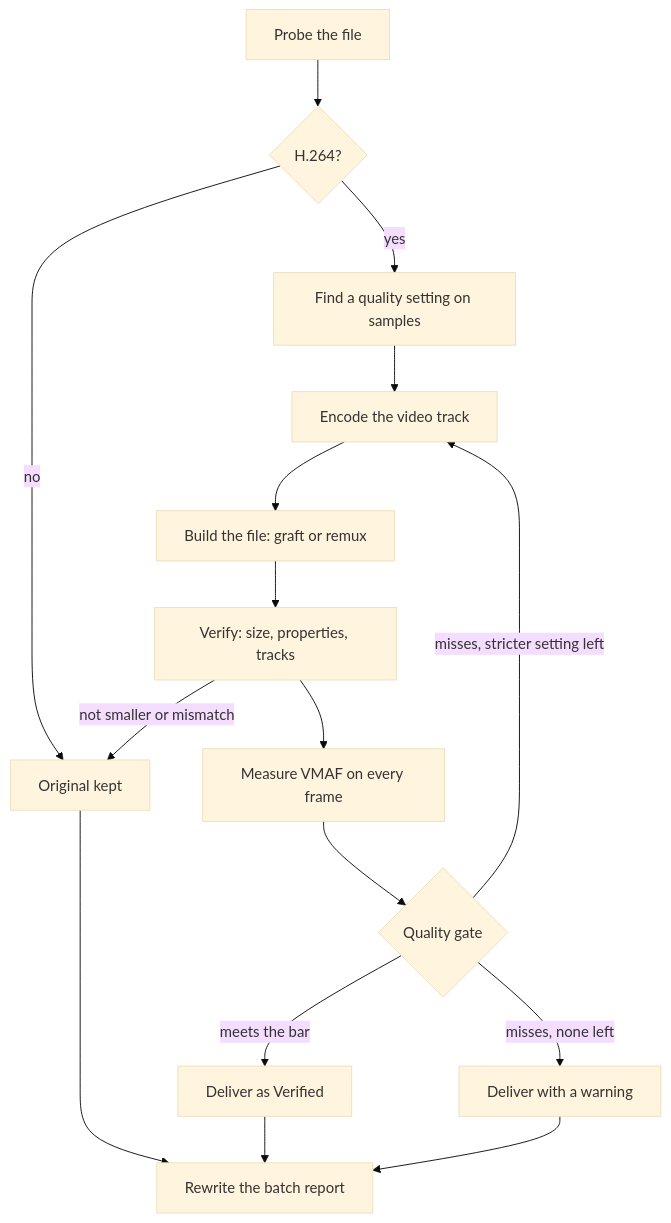
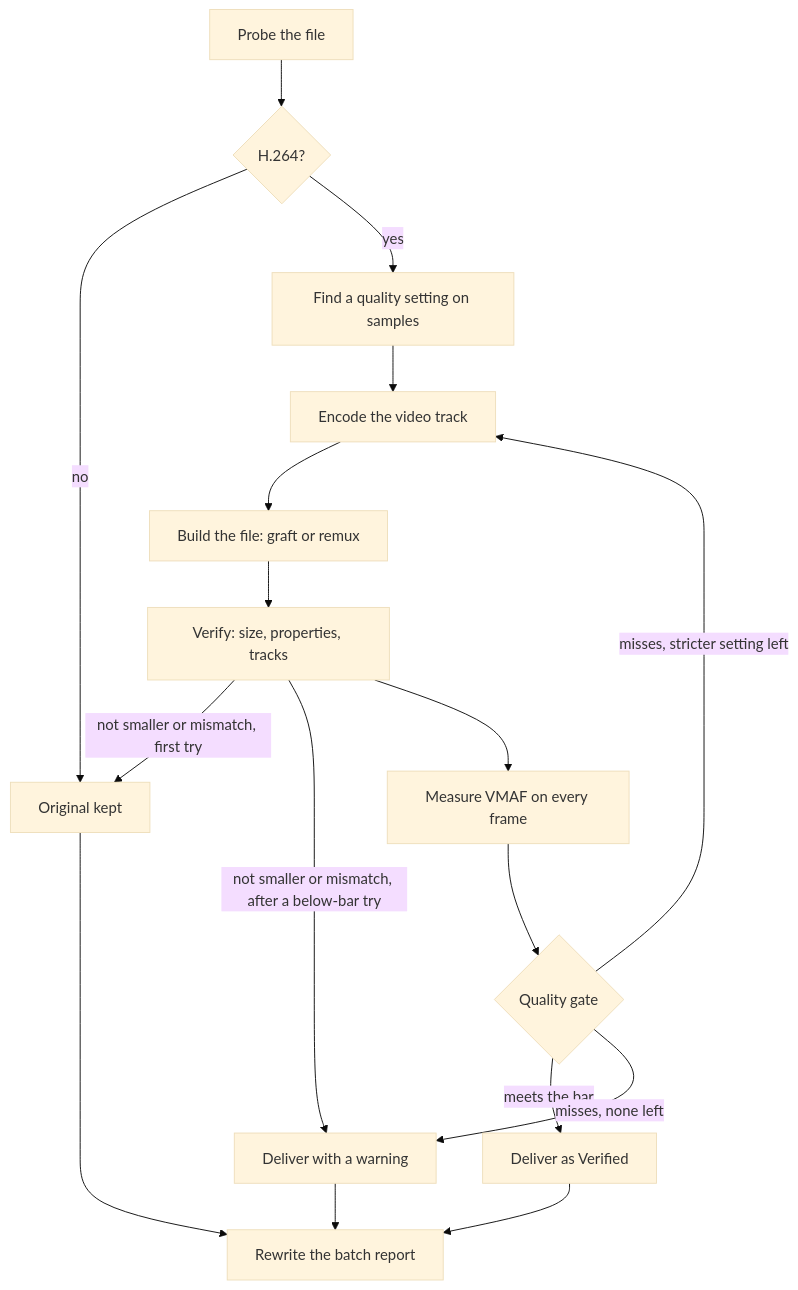
Before and after one commit to BartVG/ClipShrink: the diagram in docs/internals/index.md, drawn with Mermaid (base theme). The commit also changed other lines of this file and 9 other files, not shown here.

````diff
--- a/docs/internals/index.md
+++ b/docs/internals/index.md
@@ -25,18 +25,19 @@
 ```mermaid
 flowchart TD
     A["Probe the file"] --> B{"H.264?"}
     B -- no --> K["Original kept"]
     B -- yes --> C["Find a quality setting on samples"]
     C --> D["Encode the video track"]
     D --> E["Build the file: graft or remux"]
     E --> F["Verify: size, properties, tracks"]
-    F -- "not smaller or mismatch" --> K
+    F -- "not smaller or mismatch, first try" --> K
+    F -- "not smaller or mismatch, after a below-bar try" --> J
     F --> G["Measure VMAF on every frame"]
     G --> H{"Quality gate"}
     H -- "meets the bar" --> I["Deliver as Verified"]
     H -- "misses, stricter setting left" --> D
     H -- "misses, none left" --> J["Deliver with a warning"]
     I --> L["Rewrite the batch report"]
     J --> L
     K --> L
 ```
````
